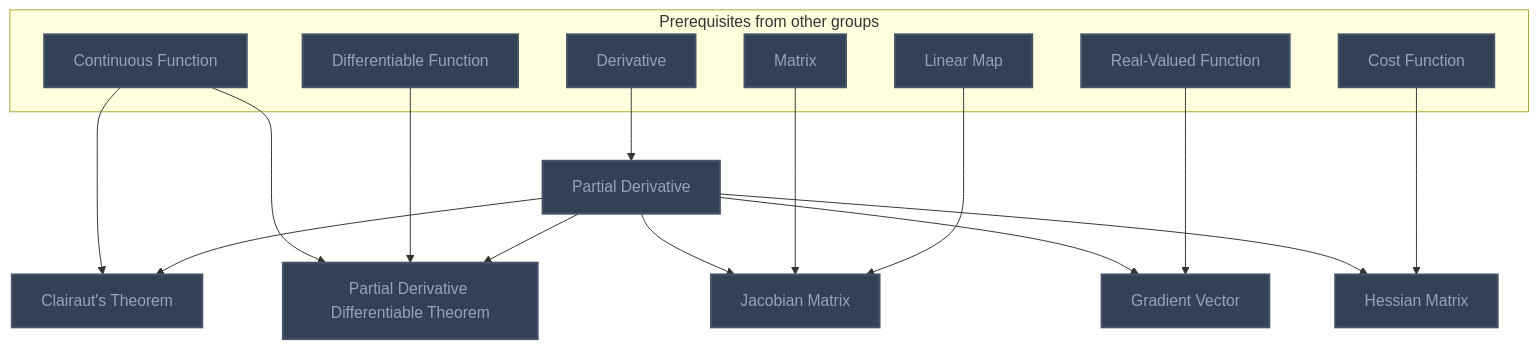
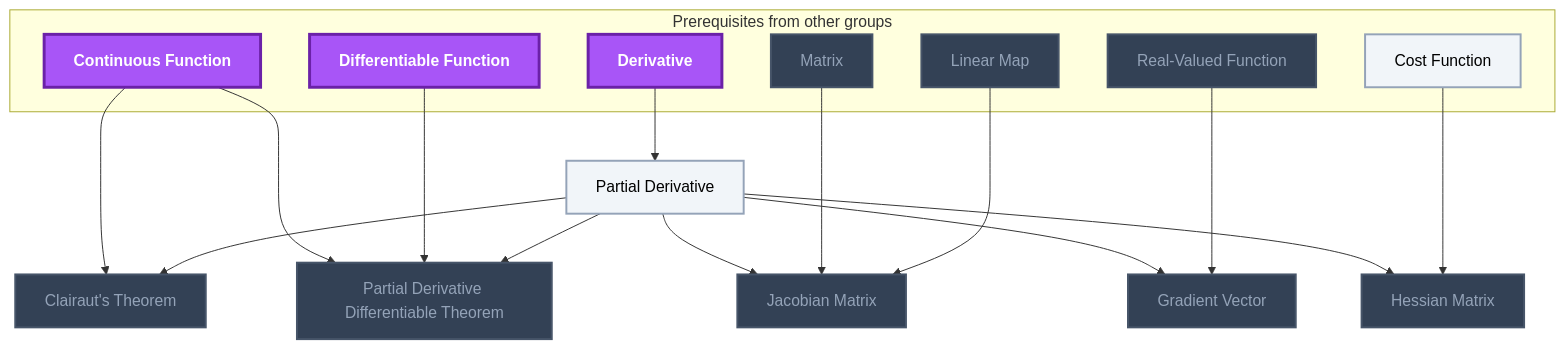
One commit to MRauf1/My-Notes changed the tenth of 12 diagrams in Gamification/Skill Trees/Calculus.md. Above: the diagram before and after it, drawn with Mermaid. The commit also changed other lines of this file and 156 other files, not shown here.

````diff
--- a/Gamification/Skill Trees/Calculus.md
+++ b/Gamification/Skill Trees/Calculus.md
@@ -726,42 +749,44 @@
 ```mermaid
 flowchart TD
     classDef planned fill:#1E293B,stroke:#64748B,stroke-width:2px,stroke-dasharray:5 5,color:#94A3B8;
     classDef locked fill:#334155,stroke:#475569,stroke-width:2px,color:#94A3B8;
     classDef L0 fill:#F1F5F9,stroke:#94A3B8,stroke-width:2px,color:#000000;
     classDef L1 fill:#22C55E,stroke:#15803D,stroke-width:2px,color:#000000;
     classDef L2 fill:#3B82F6,stroke:#1D4ED8,stroke-width:3px,color:#FFFFFF;
     classDef L3 fill:#A855F7,stroke:#6B21A8,stroke-width:3px,color:#FFFFFF,font-weight:bold;
     classDef L4 fill:#F97316,stroke:#C2410C,stroke-width:4px,color:#000000,font-weight:bold;
     classDef L5 fill:#FFD700,stroke:#FF8C00,stroke-width:5px,color:#000000,font-weight:bold;
     classDef rusty stroke:#8B4513,stroke-width:4px,stroke-dasharray:3 3;
     subgraph sg_prereqs["Prerequisites from other groups"]
         n_derivative["Derivative"]
         n_continuous_function["Continuous Function"]
         n_differentiable_function["Differentiable Function"]
         n_matrix["Matrix"]
         n_linear_map["Linear Map"]
         n_real_valued_function["Real-Valued Function"]
         n_cost_function["Cost Function"]
     end
     n_partial_derivative["Partial Derivative"]
     n_clairaut_s_theorem["Clairaut's Theorem"]
     n_partial_derivative_differentiable_theorem["Partial Derivative Differentiable Theorem"]
     n_jacobian_matrix["Jacobian Matrix"]
     n_gradient_vector["Gradient Vector"]
     n_hessian_matrix["Hessian Matrix"]
     n_derivative --> n_partial_derivative
     n_continuous_function --> n_clairaut_s_theorem
     n_partial_derivative --> n_clairaut_s_theorem
     n_continuous_function --> n_partial_derivative_differentiable_theorem
     n_differentiable_function --> n_partial_derivative_differentiable_theorem
     n_partial_derivative --> n_partial_derivative_differentiable_theorem
     n_partial_derivative --> n_jacobian_matrix
     n_matrix --> n_jacobian_matrix
     n_linear_map --> n_jacobian_matrix
     n_partial_derivative --> n_gradient_vector
     n_real_valued_function --> n_gradient_vector
     n_partial_derivative --> n_hessian_matrix
     n_cost_function --> n_hessian_matrix
-    class n_derivative,n_continuous_function,n_differentiable_function,n_matrix,n_linear_map,n_real_valued_function,n_cost_function,n_partial_derivative,n_clairaut_s_theorem,n_partial_derivative_differentiable_theorem,n_jacobian_matrix,n_gradient_vector,n_hessian_matrix locked;
+    class n_matrix,n_linear_map,n_real_valued_function,n_clairaut_s_theorem,n_partial_derivative_differentiable_theorem,n_jacobian_matrix,n_gradient_vector,n_hessian_matrix locked;
+    class n_cost_function,n_partial_derivative L0;
+    class n_derivative,n_continuous_function,n_differentiable_function L3;
     class n_derivative,n_continuous_function,n_differentiable_function,n_matrix,n_linear_map,n_real_valued_function,n_cost_function,n_partial_derivative,n_clairaut_s_theorem,n_partial_derivative_differentiable_theorem,n_jacobian_matrix,n_gradient_vector,n_hessian_matrix internal-link;
 ```
````
